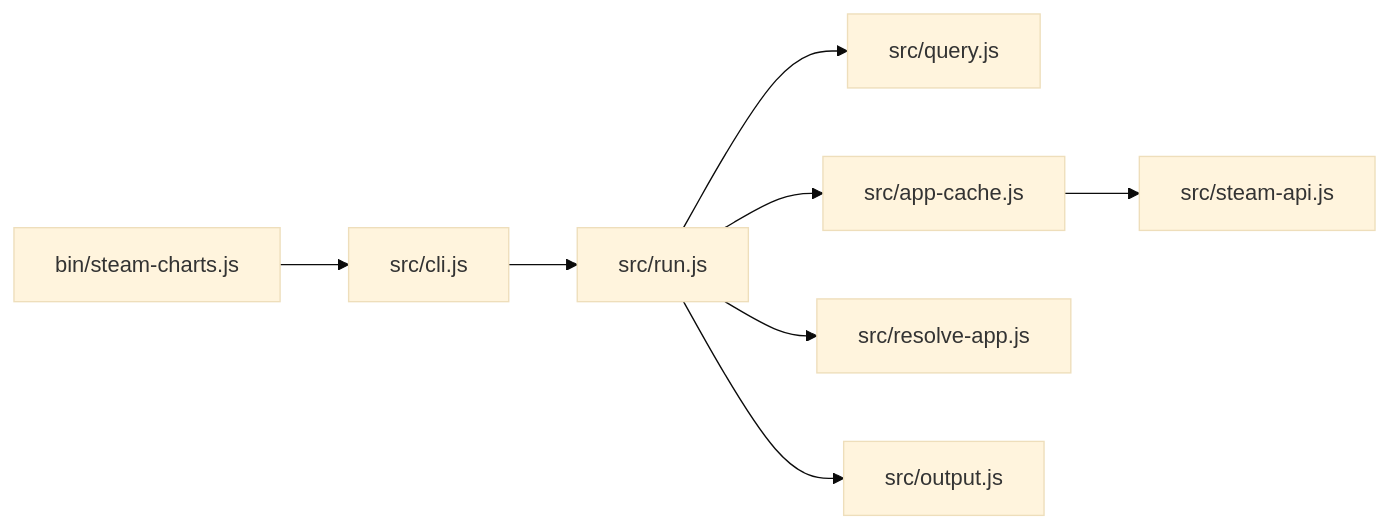
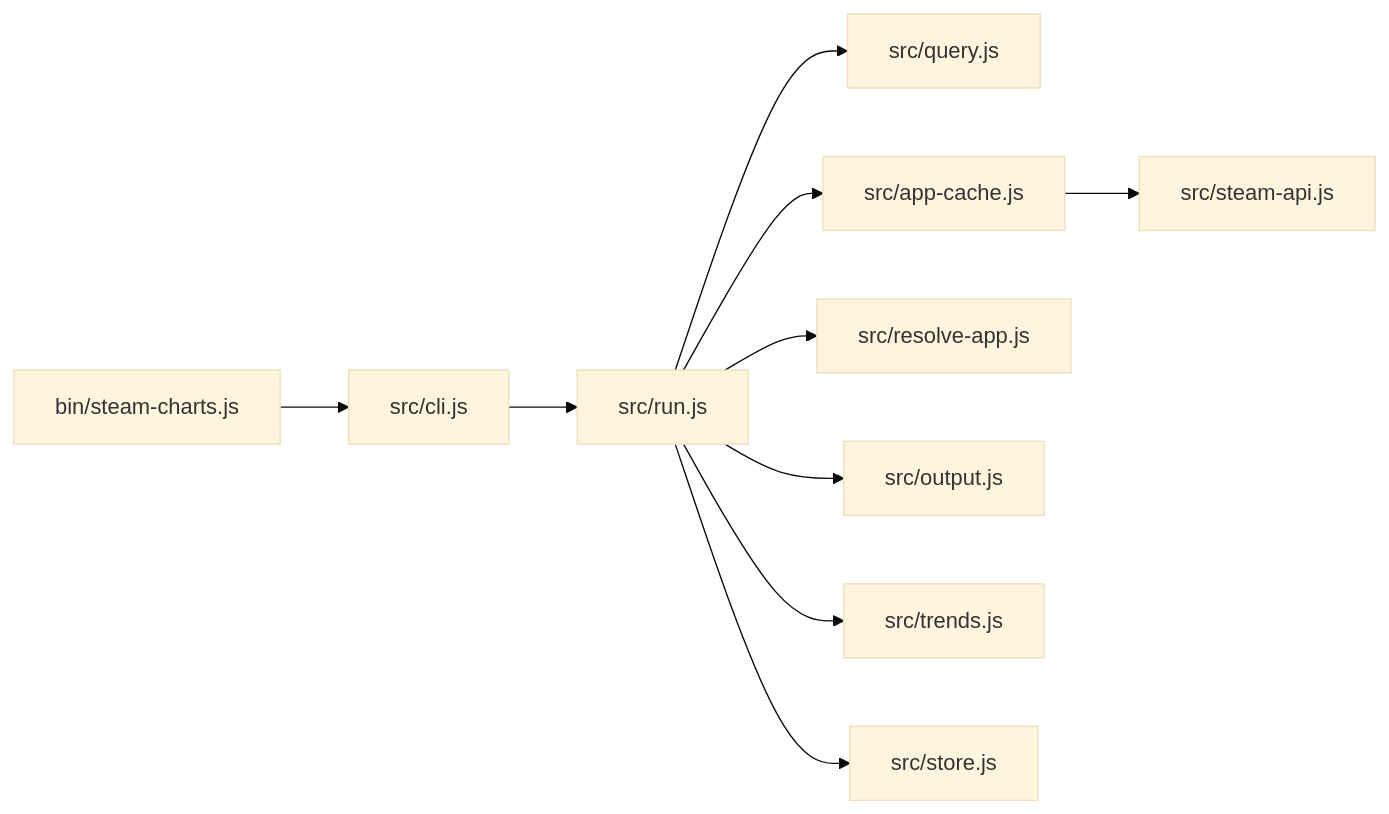
Before and after one commit to ogamircs/steam_charts_cli: the diagram in README.md, drawn with Mermaid (base theme). The commit also changed other lines of this file and 15 other files, not shown here.

````diff
--- a/README.md
+++ b/README.md
@@ -206,10 +249,12 @@
 ```mermaid
 flowchart LR
   A["bin/steam-charts.js"] --> B["src/cli.js"]
   B --> C["src/run.js"]
   C --> D["src/query.js"]
   C --> E["src/app-cache.js"]
   E --> F["src/steam-api.js"]
   C --> G["src/resolve-app.js"]
   C --> H["src/output.js"]
+  C --> I["src/trends.js"]
+  C --> J["src/store.js"]
 ```
````
